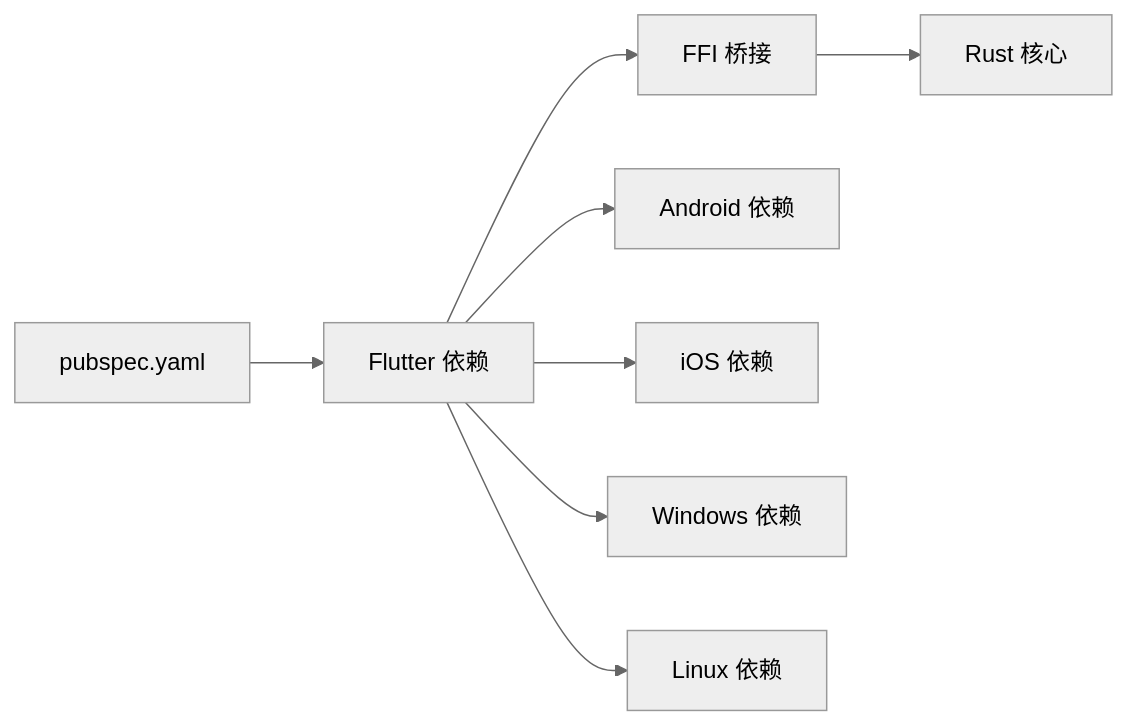
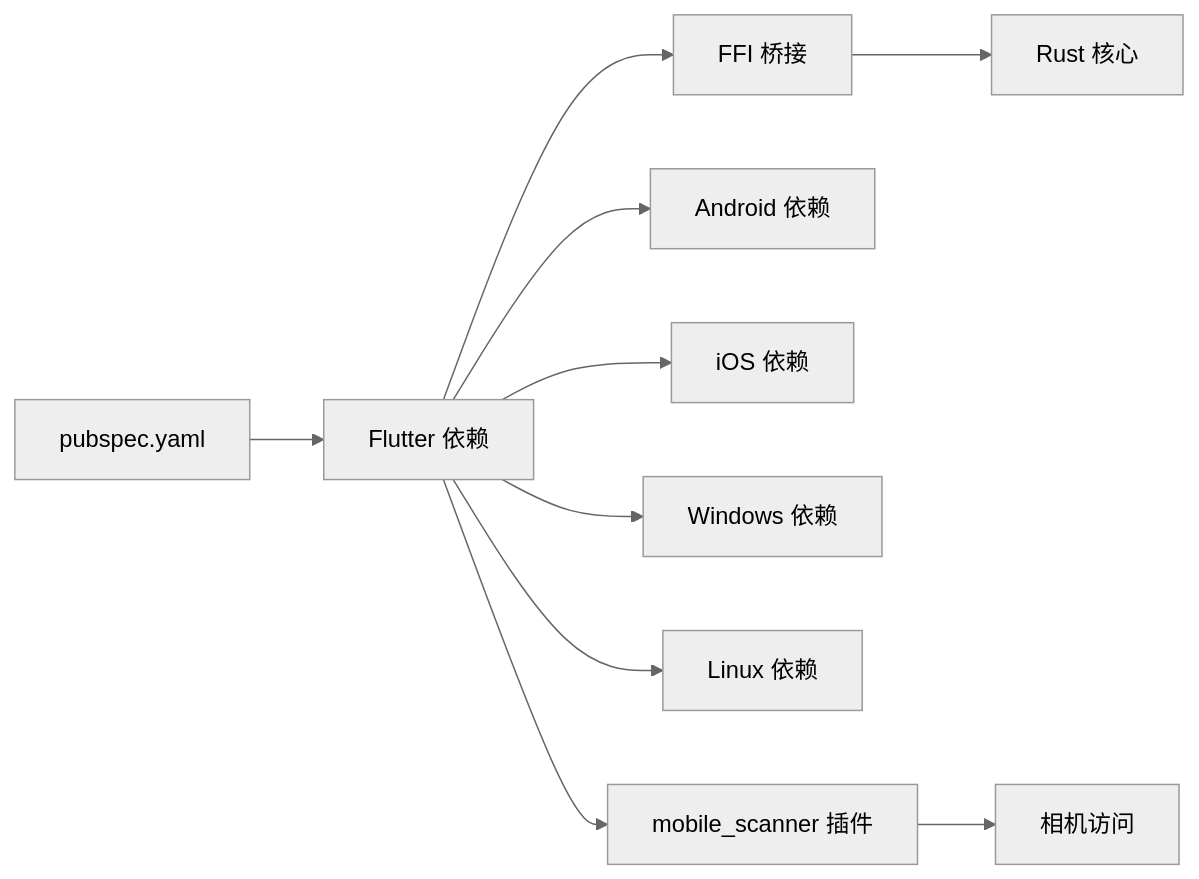
The ninth of 9 diagrams in .qoder/repowiki/zh/content/Flutter跨平台应用/平台特定功能/平台特定功能.md (ZhangGHGitHub/LegadoTeamFlutter), drawn with Mermaid (neutral theme) before and after one commit. The commit also changed other lines of this file and 173 other files, not shown here.

````diff
--- a/.qoder/repowiki/zh/content/Flutter跨平台应用/平台特定功能/平台特定功能.md
+++ b/.qoder/repowiki/zh/content/Flutter跨平台应用/平台特定功能/平台特定功能.md
@@ -329,10 +402,12 @@
 ```mermaid
 graph LR
 Pubspec["pubspec.yaml"] --> FlutterLibs["Flutter 依赖"]
 FlutterLibs --> FFI["FFI 桥接"]
 FFI --> RustCore["Rust 核心"]
 FlutterLibs --> AndroidDeps["Android 依赖"]
 FlutterLibs --> IosDeps["iOS 依赖"]
 FlutterLibs --> WinDeps["Windows 依赖"]
 FlutterLibs --> LinDeps["Linux 依赖"]
+FlutterLibs --> MobileScanner["mobile_scanner 插件"]
+MobileScanner --> CameraAccess["相机访问"]
 ```
````
